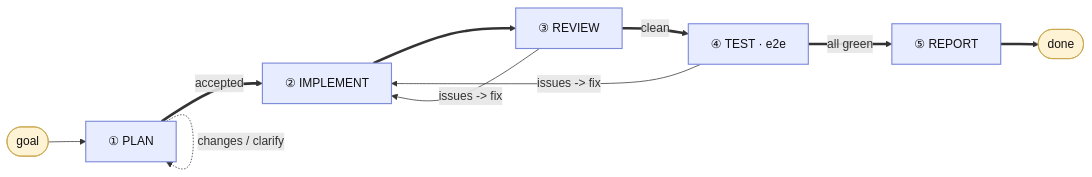
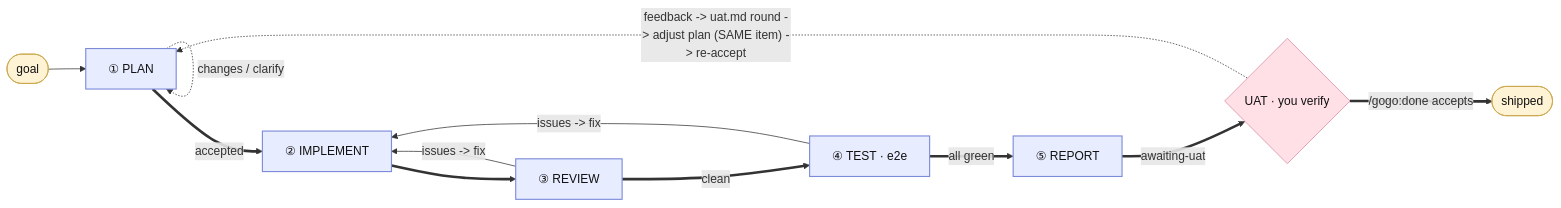
The diagram in docs/flow.md (ZawadzkiB/gogo), drawn with Mermaid before and after one commit. The commit also changed other lines of this file and 93 other files, not shown here.

First line of the commit message:
feat: gogo-analyst + analysis.md · UAT gate · ## Custom sections · CLI ops (trash, log peek, auto-mode launches) — 0.11.0

````diff
--- a/docs/flow.md
+++ b/docs/flow.md
@@ -13,17 +13,21 @@
 ```mermaid
 flowchart LR
     G([goal]) --> P["① PLAN"]
     P ==>|accepted| IMP["② IMPLEMENT"]
     IMP ==> REV["③ REVIEW"]
     REV ==>|clean| TEST["④ TEST · e2e"]
     TEST ==>|all green| REP["⑤ REPORT"]
-    REP ==> DONE([done])
+    REP ==>|awaiting-uat| UAT{"UAT · you verify"}
+    UAT ==>|"/gogo:done accepts"| DONE([shipped])
+    UAT -. "feedback -> uat.md round -> adjust plan (SAME item) -> re-accept" .-> P
     REV -->|"issues -> fix"| IMP
     TEST -->|"issues -> fix"| IMP
     P -. "changes / clarify" .-> P
 
     classDef phase fill:#e8ecff,stroke:#7c8bd9,stroke-width:1.5px,color:#111
     classDef io fill:#fff3d6,stroke:#caa54a,color:#111
+    classDef gate fill:#ffe0e6,stroke:#d98aa0,color:#111
     class P,IMP,REV,TEST,REP phase
+    class UAT gate
     class G,DONE io
 ```
````
